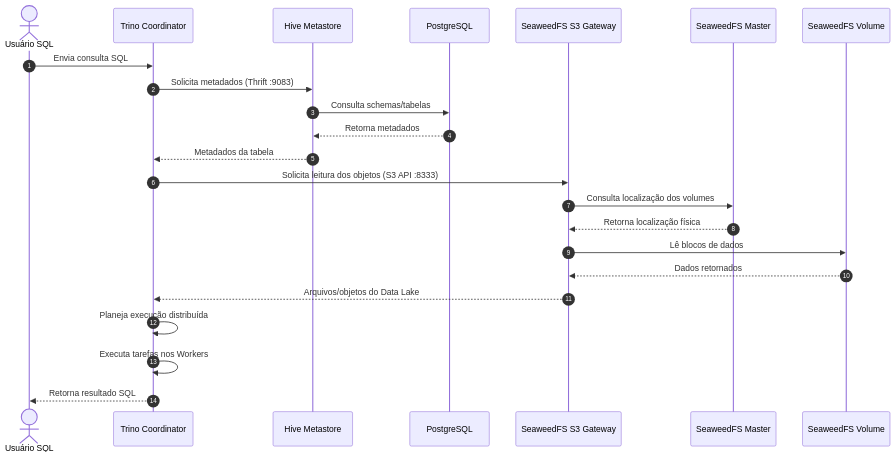
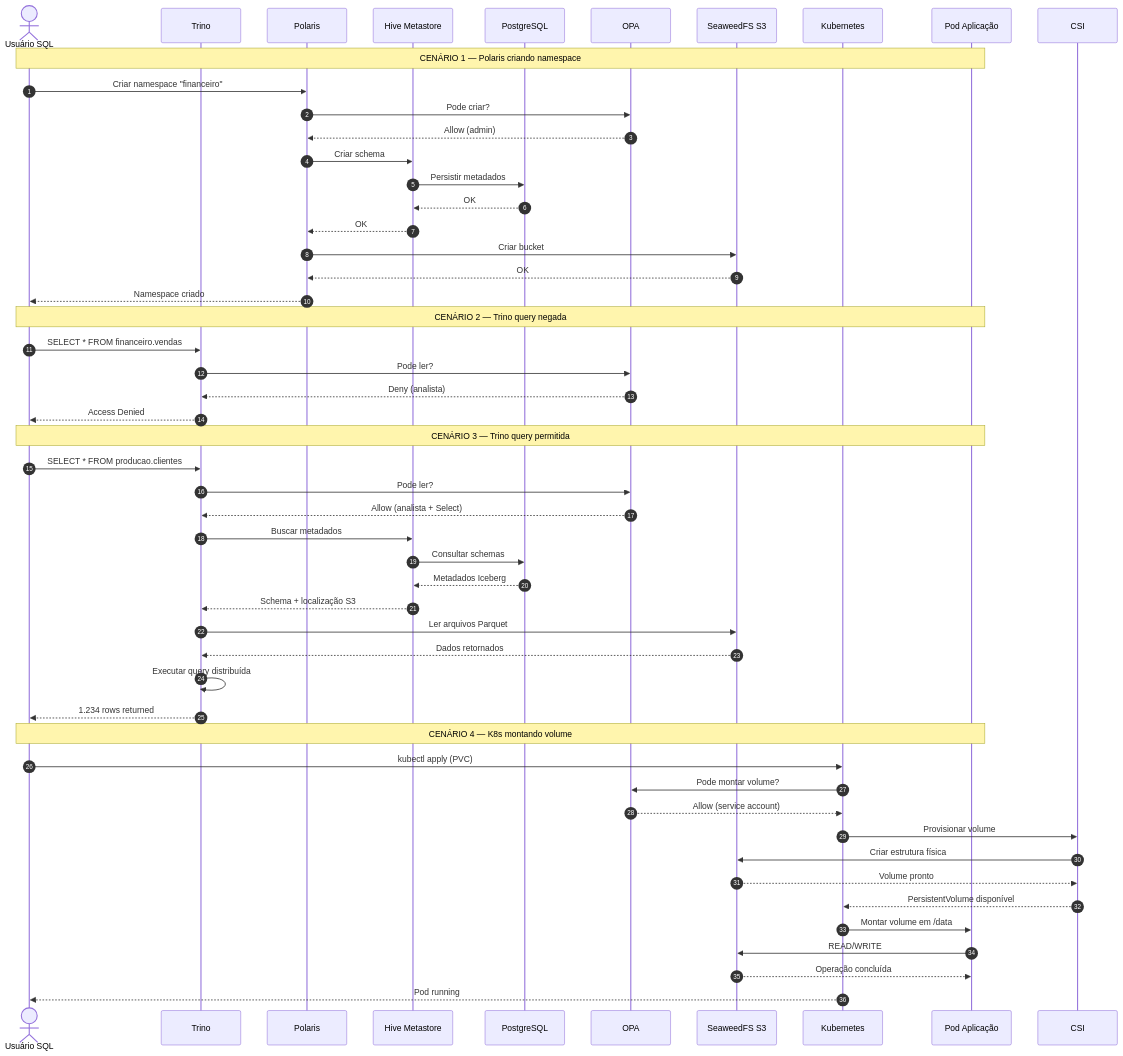
One commit to ericsonbarbosa/big_data-seaweed-polaris-opa-trino changed the third of 3 diagrams in README.md. Above: the diagram before and after it, drawn with Mermaid. The commit also changed other lines of this file, not shown here.

Commit message:
feat - diagrama de sequencia OPA - README

````diff
--- a/README.md
+++ b/README.md
@@ -187,34 +187,62 @@
 ```mermaid
 sequenceDiagram
     autonumber
 
     actor User as Usuário SQL
-    participant Trino as Trino Coordinator
+    participant Trino as Trino
+    participant Polaris as Polaris
     participant Hive as Hive Metastore
     participant PG as PostgreSQL
-    participant S3 as SeaweedFS S3 Gateway
-    participant Master as SeaweedFS Master
-    participant Volume as SeaweedFS Volume
+    participant OPA as OPA
+    participant S3 as SeaweedFS S3
+    participant K8s as Kubernetes
+    participant Pod as Pod Aplicação
 
-    User->>Trino: Envia consulta SQL
+    Note over User,Pod: CENÁRIO 1 — Polaris criando namespace
 
-    Trino->>Hive: Solicita metadados (Thrift :9083)
-    Hive->>PG: Consulta schemas/tabelas
-    PG-->>Hive: Retorna metadados
-    Hive-->>Trino: Metadados da tabela
+    User->>Polaris: Criar namespace "financeiro"
+    Polaris->>OPA: Pode criar?
+    OPA-->>Polaris: Allow (admin)
+    Polaris->>Hive: Criar schema
+    Hive->>PG: Persistir metadados
+    PG-->>Hive: OK
+    Hive-->>Polaris: OK
+    Polaris->>S3: Criar bucket
+    S3-->>Polaris: OK
+    Polaris-->>User: Namespace criado
 
-    Trino->>S3: Solicita leitura dos objetos (S3 API :8333)
+    Note over User,Pod: CENÁRIO 2 — Trino query negada
 
-    S3->>Master: Consulta localização dos volumes
-    Master-->>S3: Retorna localização física
+    User->>Trino: SELECT * FROM financeiro.vendas
+    Trino->>OPA: Pode ler?
+    OPA-->>Trino: Deny (analista)
+    Trino-->>User: Access Denied
 
-    S3->>Volume: Lê blocos de dados
-    Volume-->>S3: Dados retornados
+    Note over User,Pod: CENÁRIO 3 — Trino query permitida
 
-    S3-->>Trino: Arquivos/objetos do Data Lake
+    User->>Trino: SELECT * FROM producao.clientes
+    Trino->>OPA: Pode ler?
+    OPA-->>Trino: Allow (analista + Select)
+    Trino->>Hive: Buscar metadados
+    Hive->>PG: Consultar schemas
+    PG-->>Hive: Metadados Iceberg
+    Hive-->>Trino: Schema + localização S3
+    Trino->>S3: Ler arquivos Parquet
+    S3-->>Trino: Dados retornados
+    Trino->>Trino: Executar query distribuída
+    Trino-->>User: 1.234 rows returned
 
-    Trino->>Trino: Planeja execução distribuída
-    Trino->>Trino: Executa tarefas nos Workers
+    Note over User,Pod: CENÁRIO 4 — K8s montando volume
 
-    Trino-->>User: Retorna resultado SQL
+    User->>K8s: kubectl apply (PVC)
+    K8s->>OPA: Pode montar volume?
+    OPA-->>K8s: Allow (service account)
+    K8s->>CSI: Provisionar volume
+    CSI->>S3: Criar estrutura física
+    S3-->>CSI: Volume pronto
+    CSI-->>K8s: PersistentVolume disponível
+    K8s->>Pod: Montar volume em /data
+    Pod->>S3: READ/WRITE
+    S3-->>Pod: Operação concluída
+    K8s-->>User: Pod running
 ```
````
